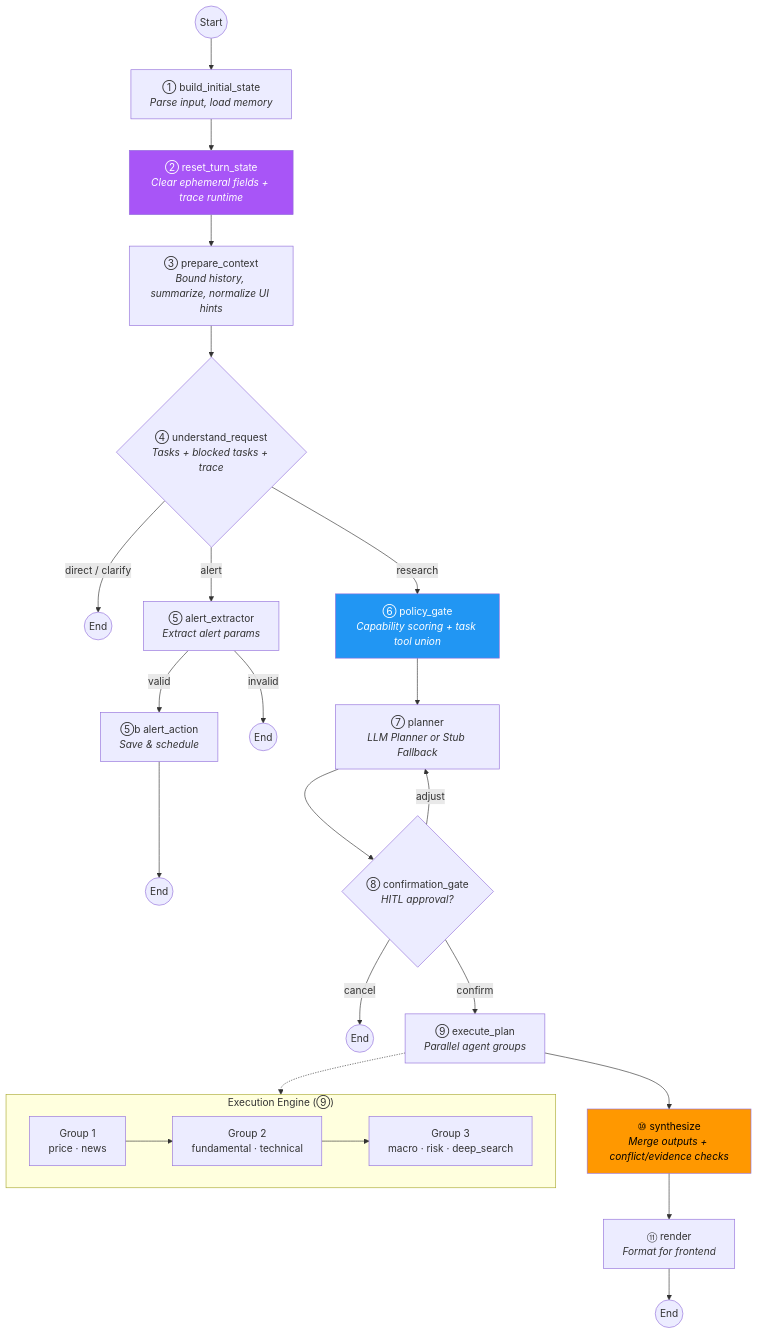
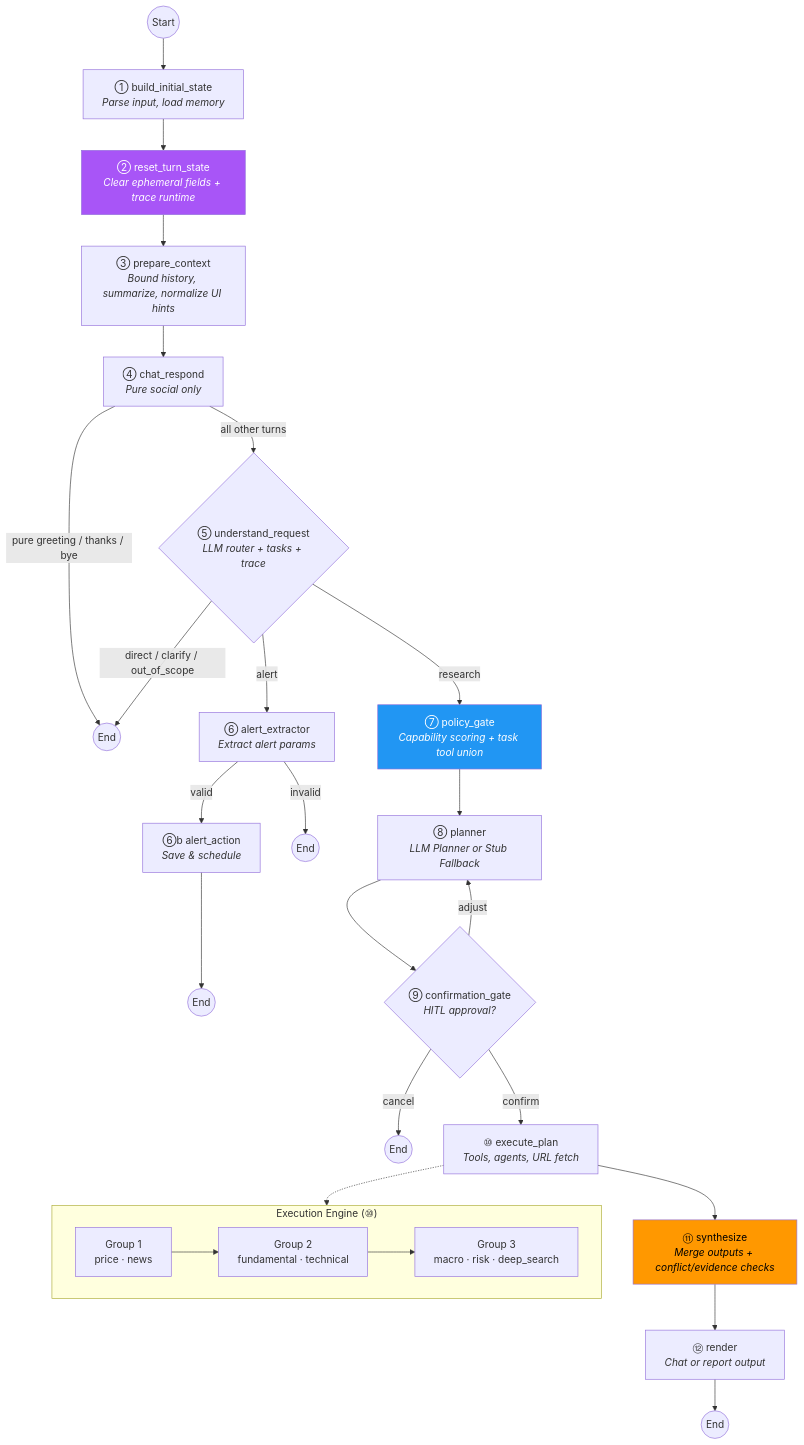
The second of 7 diagrams in readme.md (kkkano/FinSight), drawn with Mermaid before and after one commit. The commit also changed other lines of this file and 185 other files, not shown here.

````diff
--- a/readme.md
+++ b/readme.md
@@ -257,36 +259,38 @@
 ```mermaid
 flowchart TD
     START((Start)) --> INIT["① build_initial_state<br/><i>Parse input, load memory</i>"]
     INIT --> RESET["② reset_turn_state<br/><i>Clear ephemeral fields + trace runtime</i>"]
     RESET --> PREPARE["③ prepare_context<br/><i>Bound history, summarize, normalize UI hints</i>"]
-    PREPARE --> UNDERSTAND{"④ understand_request<br/><i>Tasks + blocked tasks + trace</i>"}
+    PREPARE --> CHATRESP["④ chat_respond<br/><i>Pure social only</i>"]
+    CHATRESP -->|"pure greeting / thanks / bye"| END_CHAT((End))
+    CHATRESP -->|"all other turns"| UNDERSTAND{"⑤ understand_request<br/><i>LLM router + tasks + trace</i>"}
 
-    UNDERSTAND -->|"direct / clarify"| END_CHAT((End))
-    UNDERSTAND -->|"alert"| ALERT_EX["⑤ alert_extractor<br/><i>Extract alert params</i>"]
-    ALERT_EX -->|"valid"| ALERT_ACT["⑤b alert_action<br/><i>Save & schedule</i>"]
+    UNDERSTAND -->|"direct / clarify / out_of_scope"| END_CHAT
+    UNDERSTAND -->|"alert"| ALERT_EX["⑥ alert_extractor<br/><i>Extract alert params</i>"]
+    ALERT_EX -->|"valid"| ALERT_ACT["⑥b alert_action<br/><i>Save & schedule</i>"]
     ALERT_EX -->|"invalid"| END_ALERT_INVALID((End))
     ALERT_ACT --> END_ALERT((End))
-    UNDERSTAND -->|"research"| POLICY["⑥ policy_gate<br/><i>Capability scoring + task tool union</i>"]
-    POLICY --> PLAN["⑦ planner<br/><i>LLM Planner or Stub Fallback</i>"]
+    UNDERSTAND -->|"research"| POLICY["⑦ policy_gate<br/><i>Capability scoring + task tool union</i>"]
+    POLICY --> PLAN["⑧ planner<br/><i>LLM Planner or Stub Fallback</i>"]
 
-    PLAN --> CONFIRM{"⑧ confirmation_gate<br/><i>HITL approval?</i>"}
+    PLAN --> CONFIRM{"⑨ confirmation_gate<br/><i>HITL approval?</i>"}
     CONFIRM -->|"cancel"| END_CANCEL((End))
     CONFIRM -->|"adjust"| PLAN
-    CONFIRM -->|"confirm"| EXEC["⑨ execute_plan<br/><i>Parallel agent groups</i>"]
+    CONFIRM -->|"confirm"| EXEC["⑩ execute_plan<br/><i>Tools, agents, URL fetch</i>"]
 
-    EXEC --> SYNTH["⑩ synthesize<br/><i>Merge outputs + conflict/evidence checks</i>"]
-    SYNTH --> RENDER["⑪ render<br/><i>Format for frontend</i>"]
+    EXEC --> SYNTH["⑪ synthesize<br/><i>Merge outputs + conflict/evidence checks</i>"]
+    SYNTH --> RENDER["⑫ render<br/><i>Chat or report output</i>"]
     RENDER --> END((End))
 
-    subgraph "Execution Engine (⑨)"
+    subgraph "Execution Engine (⑩)"
         direction LR
         EG1["Group 1<br/>price · news"] --> EG2["Group 2<br/>fundamental · technical"]
         EG2 --> EG3["Group 3<br/>macro · risk · deep_search"]
     end
 
     EXEC -.-> EG1
 
     style RESET fill:#a855f7,color:#fff
     style SYNTH fill:#ff9800,color:#000
     style POLICY fill:#2196f3,color:#fff
 ```
````
